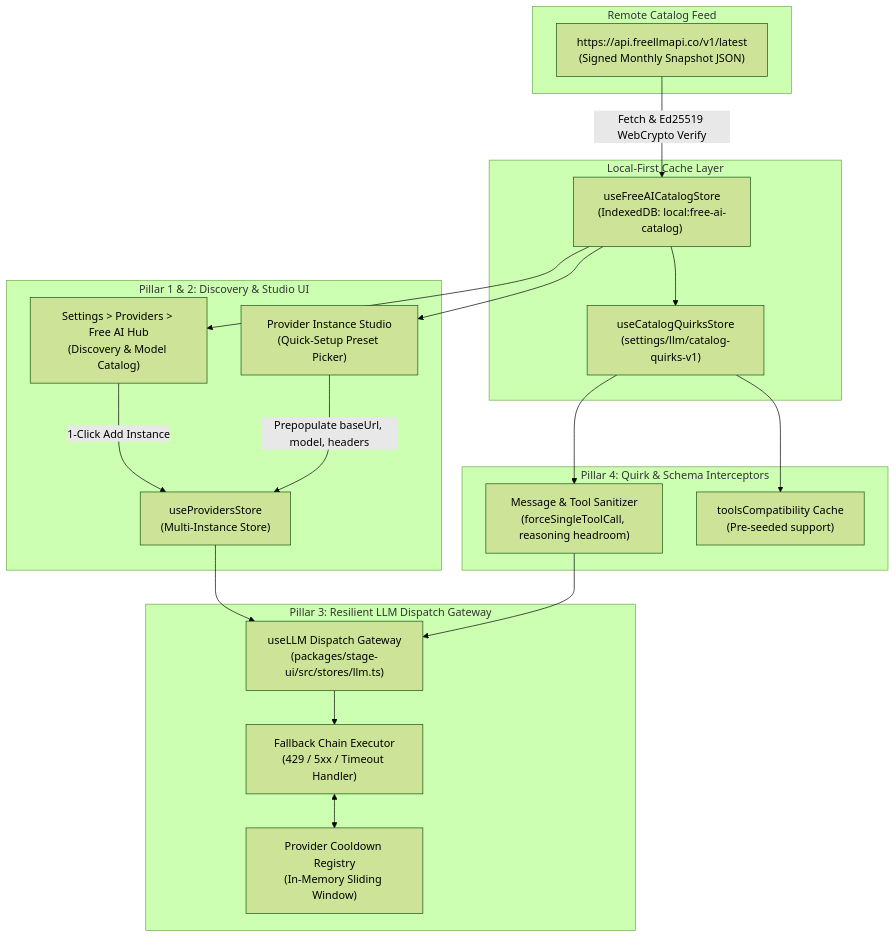
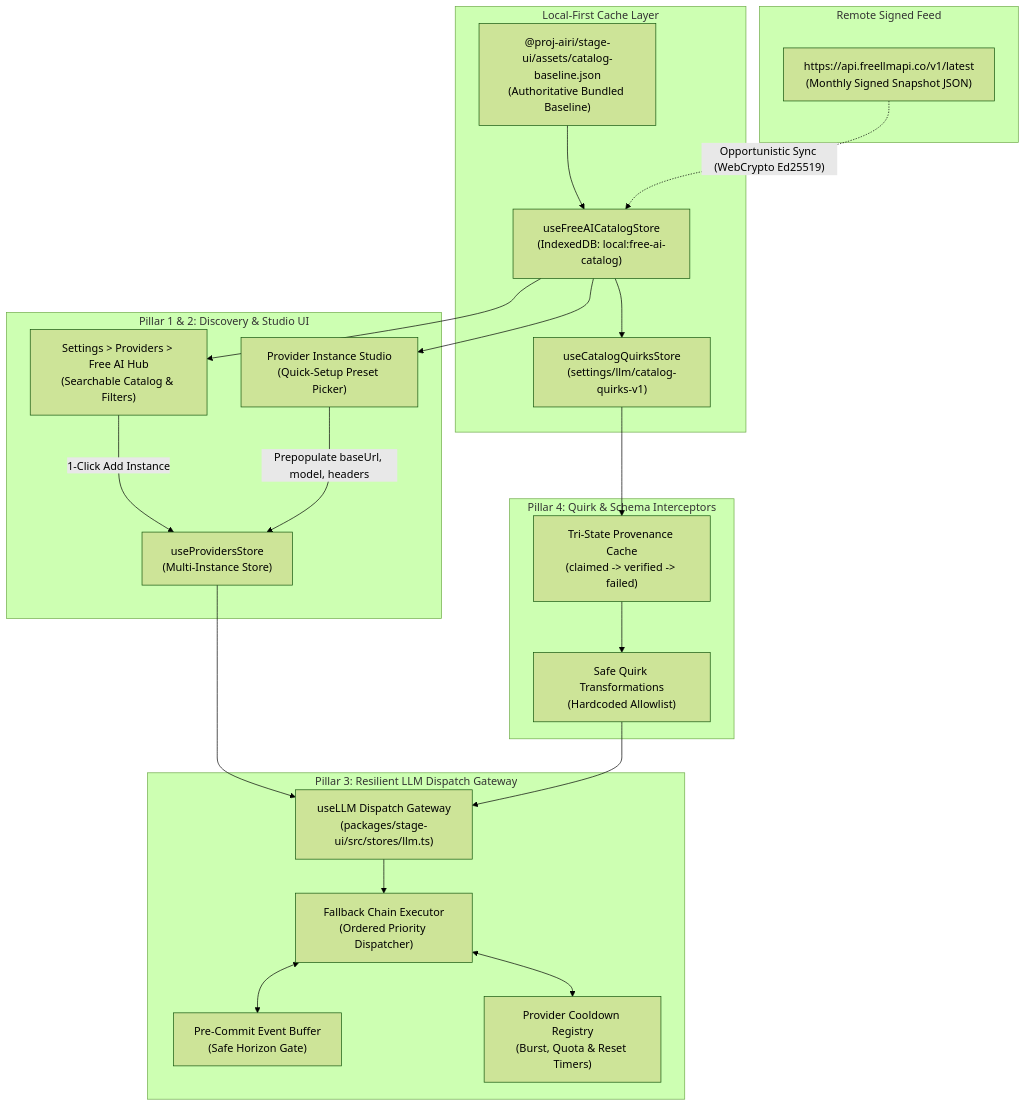
One commit to 7n1m4/airi changed the diagram in docs/design-free-ai-catalog-and-resilient-fallback.md. Above: the diagram before and after it, drawn with Mermaid (forest theme). The commit also changed other lines of this file and 7 other files, not shown here.

First line of the commit message:
feat(providers): introduce Free AI Hub discovery surface and catalog baseline

````diff
--- a/docs/design-free-ai-catalog-and-resilient-fallback.md
+++ b/docs/design-free-ai-catalog-and-resilient-fallback.md
@@ -40,44 +39,48 @@
 ```mermaid
 flowchart TD
-    subgraph Remote Catalog Feed
-        FEED["https://api.freellmapi.co/v1/latest\n(Signed Monthly Snapshot JSON)"]
+    subgraph Remote Signed Feed
+        FEED["https://api.freellmapi.co/v1/latest\n(Monthly Signed Snapshot JSON)"]
     end
 
     subgraph Client Storage & Cache [Local-First Cache Layer]
+        BUNDLED["@proj-airi/stage-ui/assets/catalog-baseline.json\n(Authoritative Bundled Baseline)"]
         CATSTORE["useFreeAICatalogStore\n(IndexedDB: local:free-ai-catalog)"]
         QUIRKSTORE["useCatalogQuirksStore\n(settings/llm/catalog-quirks-v1)"]
     end
 
     subgraph Pillar 1 & 2: Discovery & Studio UI
-        DISC_PAGE["Settings > Providers > Free AI Hub\n(Discovery & Model Catalog)"]
+        DISC_PAGE["Settings > Providers > Free AI Hub\n(Searchable Catalog & Filters)"]
         PRESET_SELECT["Provider Instance Studio\n(Quick-Setup Preset Picker)"]
         PROV_STORE["useProvidersStore\n(Multi-Instance Store)"]
     end
 
     subgraph Pillar 3: Resilient LLM Dispatch Gateway
         USE_LLM["useLLM Dispatch Gateway\n(packages/stage-ui/src/stores/llm.ts)"]
-        CHAIN_ROUTER["Fallback Chain Executor\n(429 / 5xx / Timeout Handler)"]
-        COOLDOWN["Provider Cooldown Registry\n(In-Memory Sliding Window)"]
+        CHAIN_ROUTER["Fallback Chain Executor\n(Ordered Priority Dispatcher)"]
+        PRECOMMIT["Pre-Commit Event Buffer\n(Safe Horizon Gate)"]
+        COOLDOWN["Provider Cooldown Registry\n(Burst, Quota & Reset Timers)"]
     end
 
     subgraph Pillar 4: Quirk & Schema Interceptors
-        SANITIZER["Message & Tool Sanitizer\n(forceSingleToolCall, reasoning headroom)"]
-        TOOL_CACHE["toolsCompatibility Cache\n(Pre-seeded support)"]
+        TRISTATE["Tri-State Provenance Cache\n(claimed -> verified -> failed)"]
+        ALLOWLIST["Safe Quirk Transformations\n(Hardcoded Allowlist)"]
     end
 
-    FEED -->|"Fetch & Ed25519 WebCrypto Verify"| CATSTORE
+    BUNDLED --> CATSTORE
+    FEED -.->|"Opportunistic Sync (WebCrypto Ed25519)"| CATSTORE
     CATSTORE --> QUIRKSTORE
     CATSTORE --> DISC_PAGE
     CATSTORE --> PRESET_SELECT
 
     DISC_PAGE -->|"1-Click Add Instance"| PROV_STORE
     PRESET_SELECT -->|"Prepopulate baseUrl, model, headers"| PROV_STORE
 
     PROV_STORE --> USE_LLM
     USE_LLM --> CHAIN_ROUTER
+    CHAIN_ROUTER <--> PRECOMMIT
     CHAIN_ROUTER <--> COOLDOWN
 
-    QUIRKSTORE --> SANITIZER
-    QUIRKSTORE --> TOOL_CACHE
-    SANITIZER --> USE_LLM
+    QUIRKSTORE --> TRISTATE
+    TRISTATE --> ALLOWLIST
+    ALLOWLIST --> USE_LLM
 ```
````
